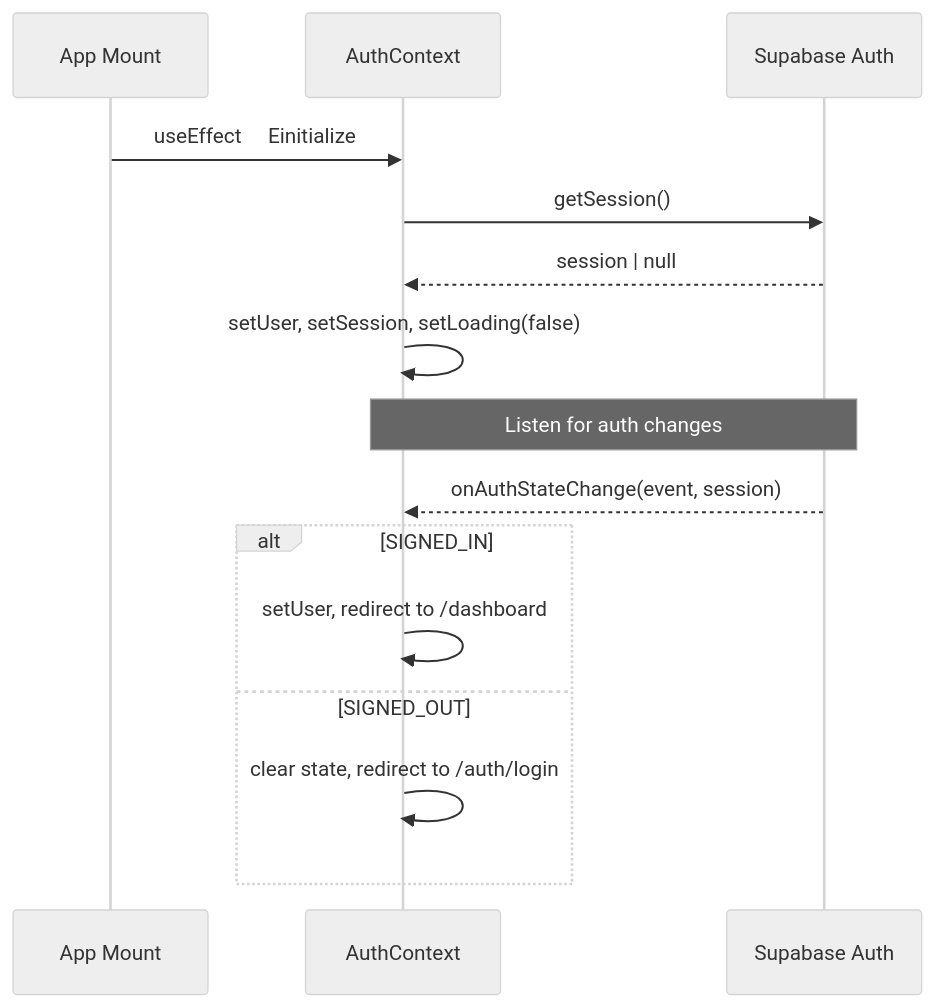
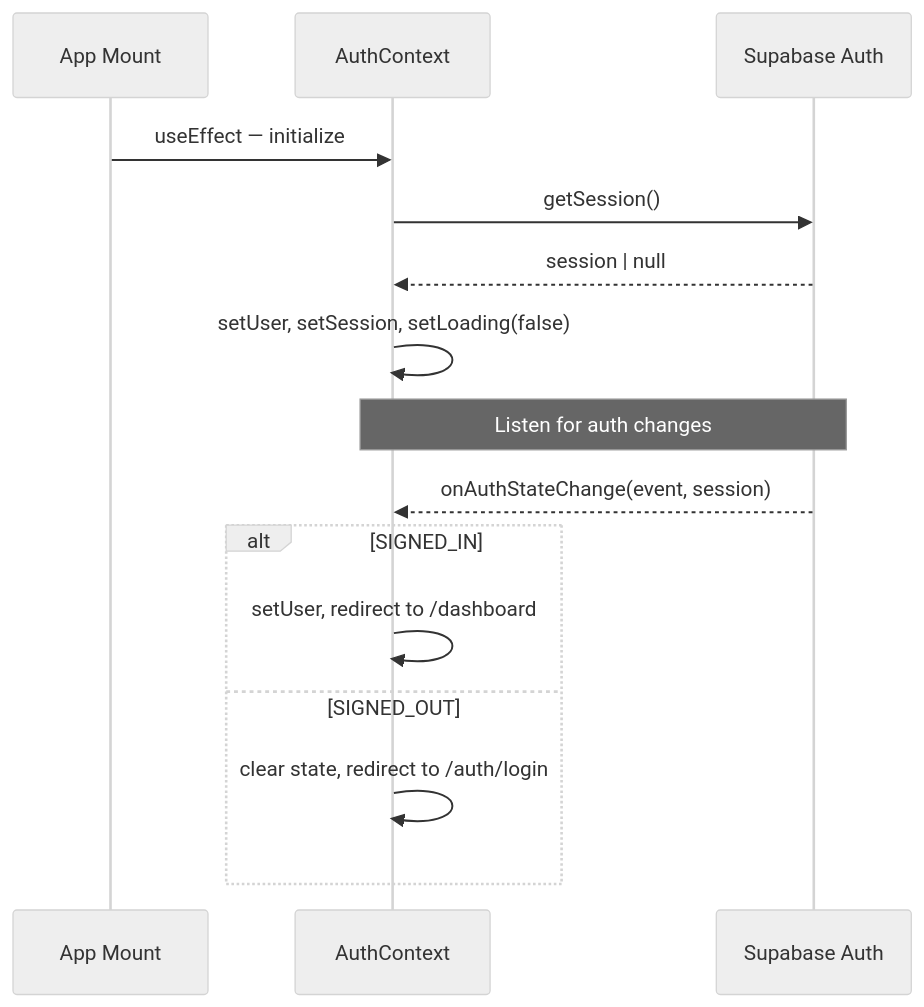
Before and after one commit to nyanham/morning-routine-productivity: the second of 3 diagrams in docs/02-Architecture/03-Frontend-Architecture.md, drawn with Mermaid (neutral theme). The commit also changed other lines of this file and 40 other files, not shown here.

````diff
--- a/docs/02-Architecture/03-Frontend-Architecture.md
+++ b/docs/02-Architecture/03-Frontend-Architecture.md
@@ -102,19 +102,19 @@
 ```mermaid
 sequenceDiagram
     participant App as App Mount
     participant AC as AuthContext
     participant SB as Supabase Auth
 
-    App->>AC: useEffect  Einitialize
+    App->>AC: useEffect  — initialize
     AC->>SB: getSession()
     SB-->>AC: session | null
     AC->>AC: setUser, setSession, setLoading(false)
 
     Note over AC,SB: Listen for auth changes
     SB-->>AC: onAuthStateChange(event, session)
     alt SIGNED_IN
         AC->>AC: setUser, redirect to /dashboard
     else SIGNED_OUT
         AC->>AC: clear state, redirect to /auth/login
     end
 ```
````
